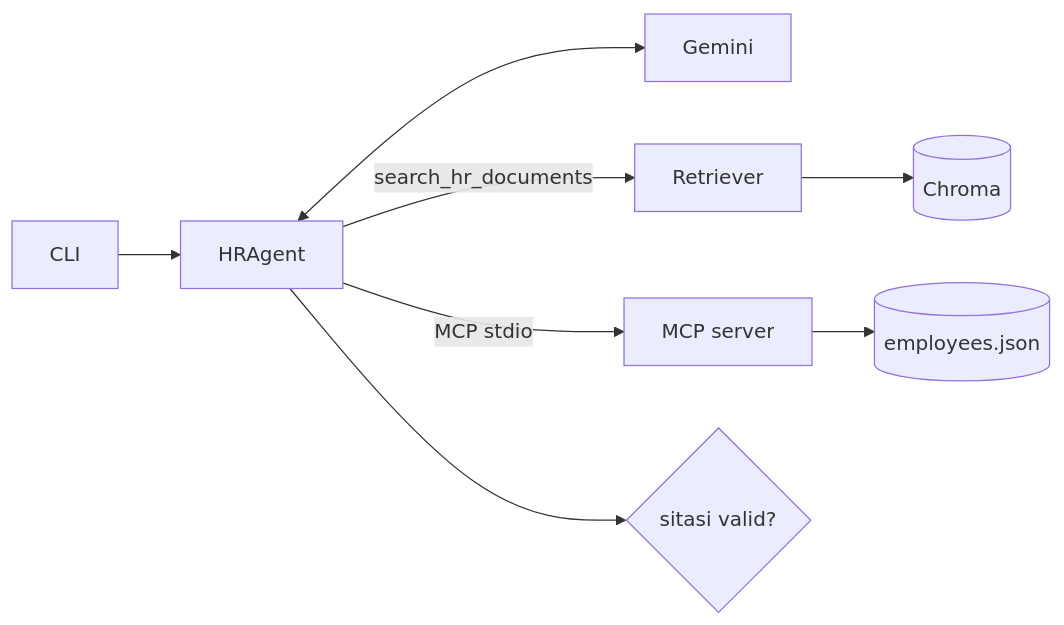
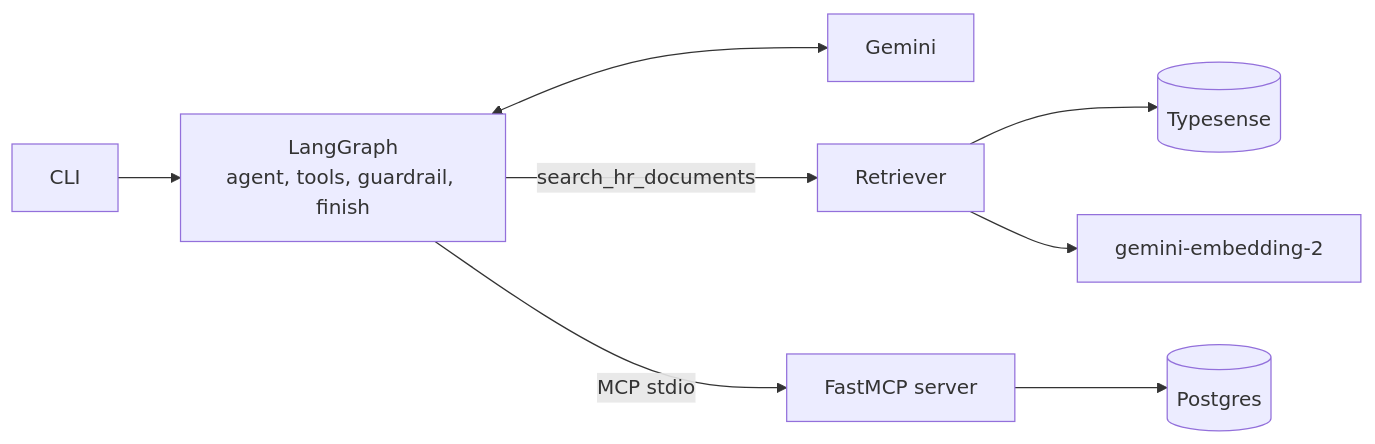
Before and after one commit to akmalmzkki25/hr-assistant-rag-mcp: the diagram in README.md, drawn with Mermaid. The commit also changed other lines of this file and 1 other file, not shown here.

Commit message:
docs: architecture and README for LangGraph, Typesense, Postgres and Alembic

````diff
--- a/README.md
+++ b/README.md
@@ -88,8 +151,8 @@
 ```mermaid
 flowchart LR
-    CLI --> Agent[HRAgent]
-    Agent <--> Gemini
-    Agent -->|search_hr_documents| Retriever --> Chroma[(Chroma)]
-    Agent -->|MCP stdio| MCPServer[MCP server] --> Data[(employees.json)]
-    Agent --> Guardrail{sitasi valid?}
+    CLI --> Graph[LangGraph<br/>agent, tools, guardrail, finish]
+    Graph <--> Gemini
+    Graph -->|search_hr_documents| Retriever --> Typesense[(Typesense)]
+    Retriever --> Embed[gemini-embedding-2]
+    Graph -->|MCP stdio| MCPServer[FastMCP server] --> Postgres[(Postgres)]
 ```
````
